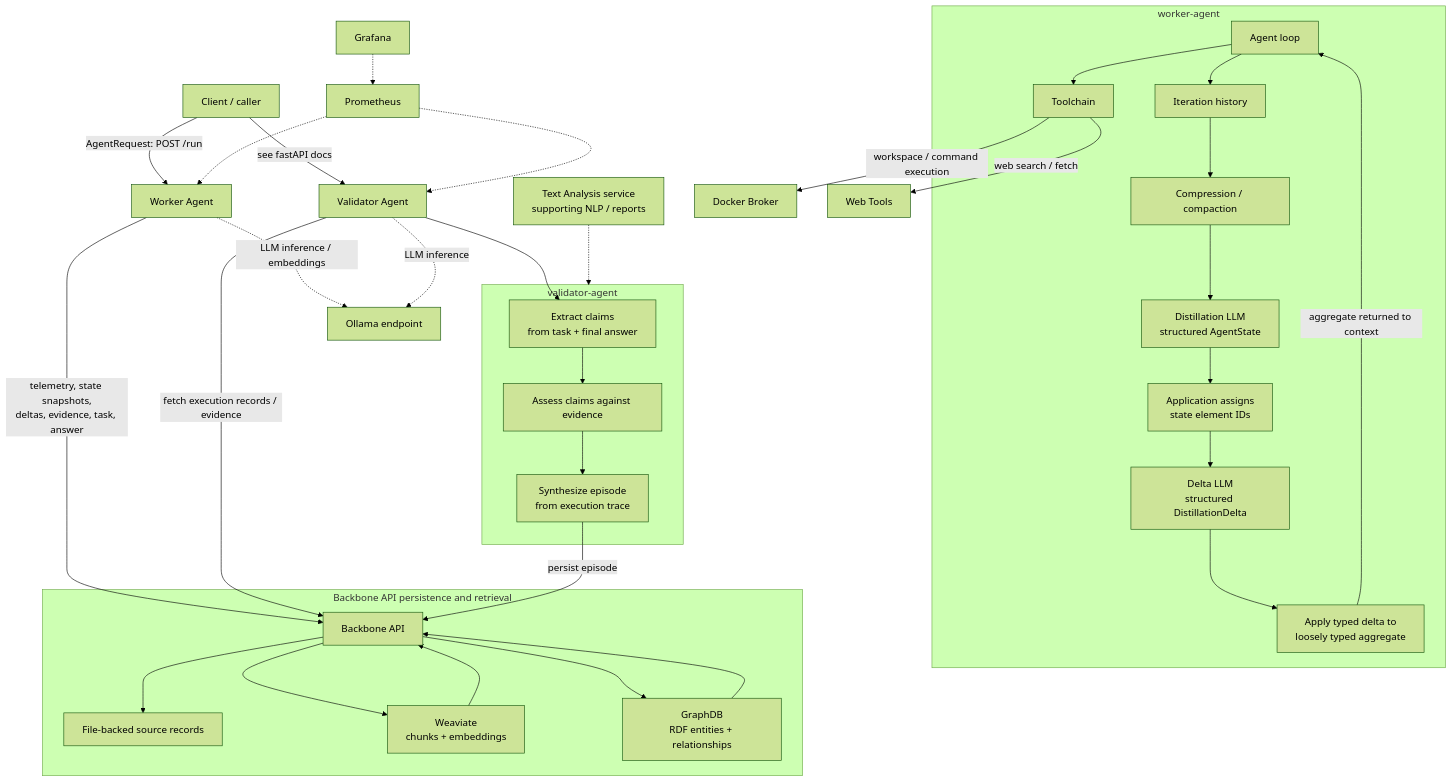
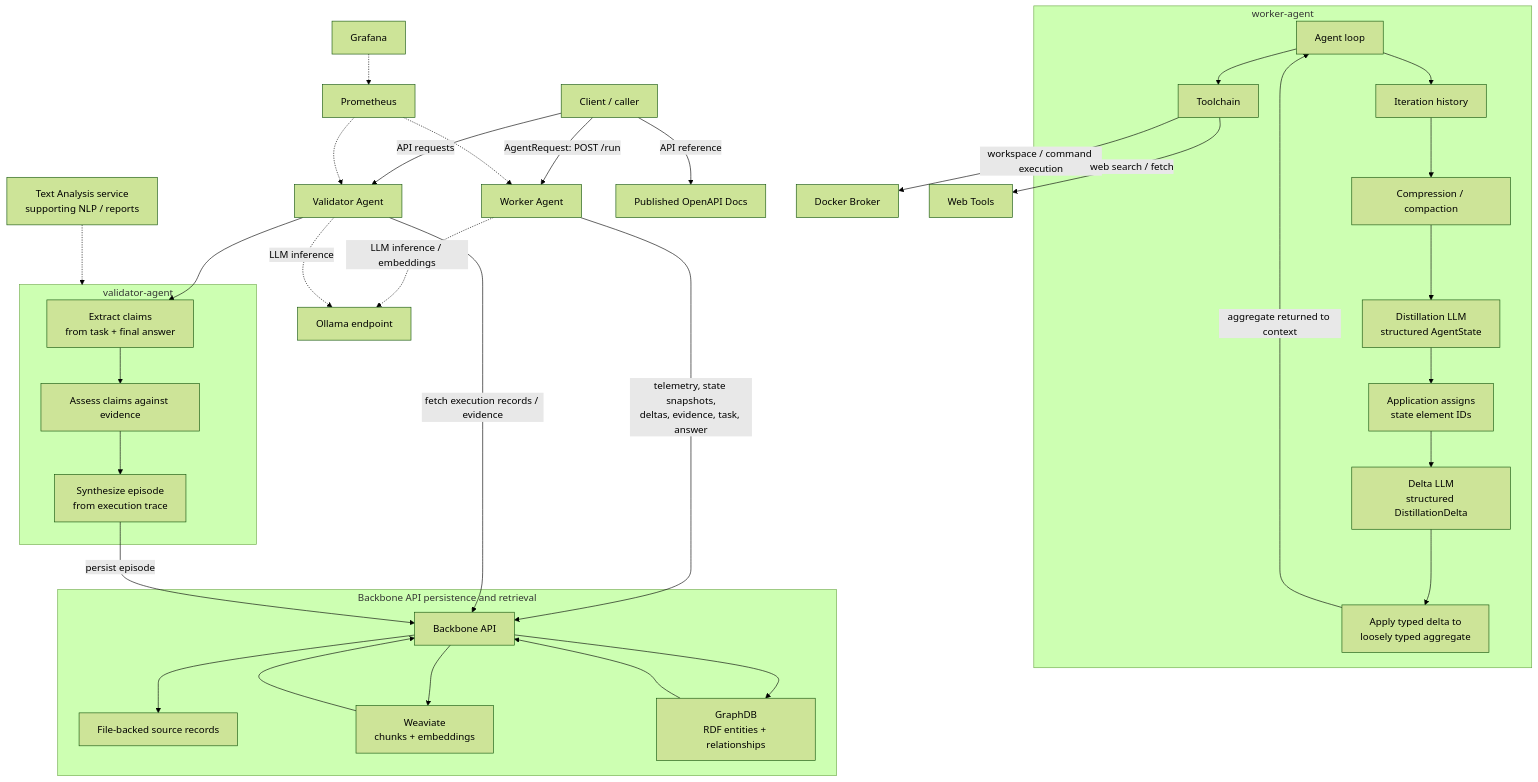
Before and after one commit to forjonathanwilsonyahoocom/inference-backbone: the diagram in AGENTS.md, drawn with Mermaid (forest theme).

Commit message:
slight clarification of api docs

````diff
--- a/AGENTS.md
+++ b/AGENTS.md
@@ -23,60 +23,61 @@
 ```mermaid
 flowchart TB
     Client["Client / caller"] -->|AgentRequest: POST /run| Worker["Worker Agent"]
-    Client["Client / caller"] -->| see fastAPI docs | Validator["Validator Agent"]
+    Client["Client / caller"] -->| API requests | Validator["Validator Agent"]
+    Client -->| API reference | Docs["Published OpenAPI Docs"]
 
     subgraph WorkerService["worker-agent"]
         Loop["Agent loop"]
         Tools["Toolchain"]
         History["Iteration history"]
         Compact["Compression / compaction"]
         Distill["Distillation LLM\nstructured AgentState"]
         Stamp["Application assigns\nstate element IDs"]
         DeltaLLM["Delta LLM\nstructured DistillationDelta"]
         Fold["Apply typed delta to\nloosely typed aggregate"]
         Loop --> Tools
         Loop --> History
         History --> Compact
         Compact --> Distill
         Distill --> Stamp
         Stamp --> DeltaLLM
         DeltaLLM --> Fold
         Fold -->|aggregate returned to context| Loop
     end
 
     Tools -->|workspace / command execution| Broker["Docker Broker"]
     Tools -->|web search / fetch| Web["Web Tools"]
     Worker -->|telemetry, state snapshots,\ndeltas, evidence, task, answer| API["Backbone API"]
 
     subgraph Validation["validator-agent"]
         Extract["Extract claims\nfrom task + final answer"]
         Validate["Assess claims against evidence"]
         Episode["Synthesize episode\nfrom execution trace"]
         Extract --> Validate
         Validate --> Episode
     end
 
     Validator["Validator Agent"] -->|fetch execution records / evidence| API
     Validator --> Extract
     Episode -->|persist episode| API
 
     subgraph Storage["Backbone API persistence and retrieval"]
         Files["File-backed source records"]
         Vector["Weaviate\nchunks + embeddings"]
         Graph["GraphDB\nRDF entities + relationships"]
         API --> Files
         API --> Vector
         API --> Graph
         Vector --> API
         Graph --> API
     end
 
     Worker -.->|LLM inference / embeddings| Ollama["Ollama endpoint"]
     Validator -.->|LLM inference| Ollama
 
     Metrics["Prometheus"] -.-> Worker
     Metrics -.-> Validator
     Grafana["Grafana"] -.-> Metrics
 
     Text["Text Analysis service\nsupporting NLP / reports"] -.-> Validation
 ```
````
